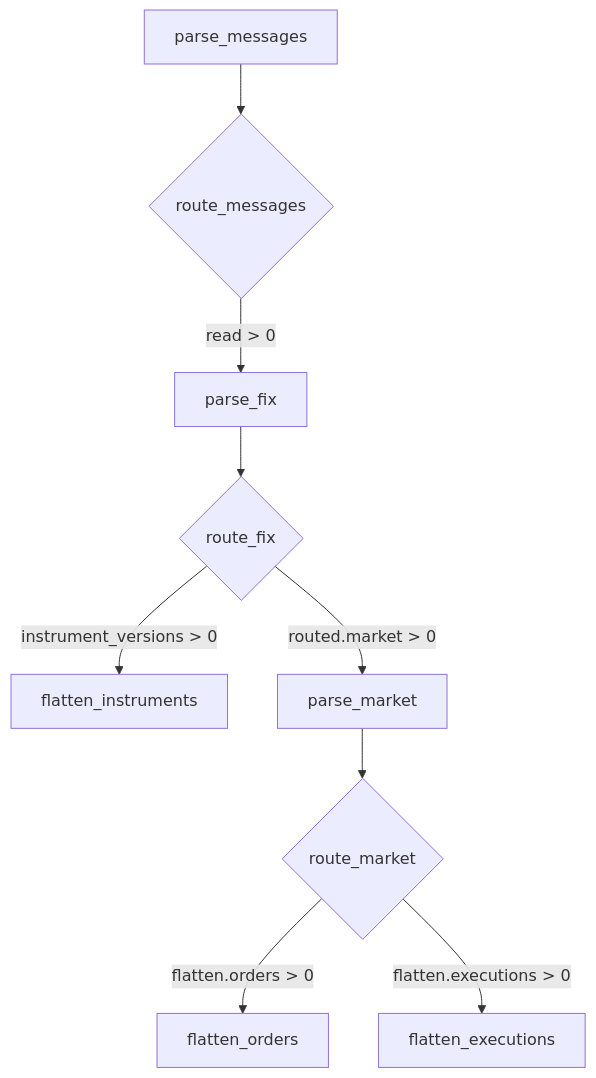
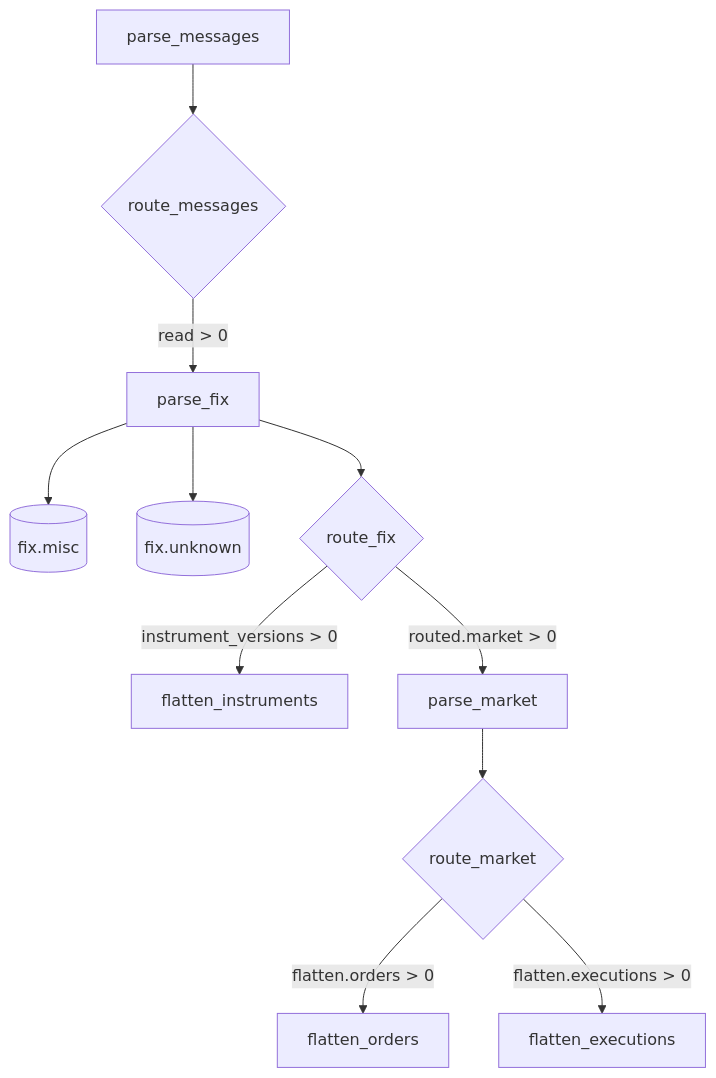
Before and after one commit to Platob/yggfin: the diagram in docs/airflow.md, drawn with Mermaid. The commit also changed other lines of this file and 101 other files, not shown here.

````diff
--- a/docs/airflow.md
+++ b/docs/airflow.md
@@ -22,11 +23,13 @@
 ```mermaid
 flowchart TD
     PM[parse_messages] --> RM{route_messages}
     RM -->|read > 0| PF[parse_fix]
+    PF --> XM[(fix.misc)]
+    PF --> XU[(fix.unknown)]
     PF --> RF{route_fix}
     RF -->|instrument_versions > 0| FI[flatten_instruments]
     RF -->|routed.market > 0| PK[parse_market]
     PK --> RK{route_market}
     RK -->|flatten.orders > 0| FO[flatten_orders]
     RK -->|flatten.executions > 0| FE[flatten_executions]
 ```
````
